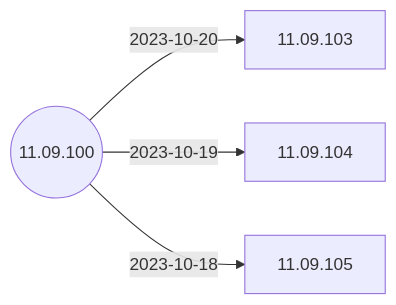
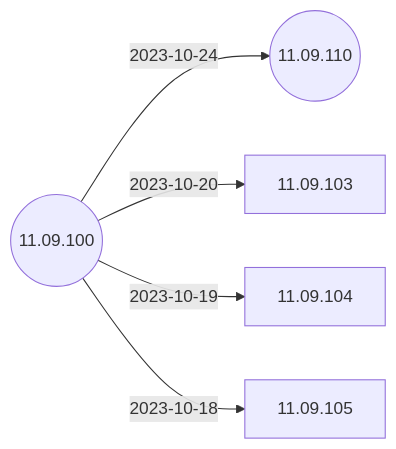
Before and after one commit to IGEL-Community/IGEL-Docs-v02: the second of 5 diagrams in docs/Docs/ReleaseNotes/01-OS11/README.md, drawn with Mermaid. The commit also changed 3 other files, not shown here.

````diff
--- a/docs/Docs/ReleaseNotes/01-OS11/README.md
+++ b/docs/Docs/ReleaseNotes/01-OS11/README.md
@@ -41,11 +41,13 @@
 ```mermaid
 flowchart LR
+    11.09.100-- 2023-10-24 -->11.09.110((11.09.110))
     11.09.100-- 2023-10-20 -->11.09.103
     11.09.100-- 2023-10-19 -->11.09.104
     11.09.100-- 2023-10-18 -->11.09.105
     11.09.100((11.09.100))
+    click 11.09.110 "https://github.com/IGEL-Community/IGEL-Docs-v02/tree/main/docs/Docs/ReleaseNotes/01-OS11/readme11.09.110.txt" _blank
     click 11.09.103 "https://github.com/IGEL-Community/IGEL-Docs-v02/tree/main/docs/Docs/ReleaseNotes/01-OS11/readme11.09.103.txt" _blank
     click 11.09.104 "https://github.com/IGEL-Community/IGEL-Docs-v02/tree/main/docs/Docs/ReleaseNotes/01-OS11/readme11.09.104.txt" _blank
     click 11.09.105 "https://github.com/IGEL-Community/IGEL-Docs-v02/tree/main/docs/Docs/ReleaseNotes/01-OS11/readme11.09.105.txt" _blank
     click 11.09.100 "https://github.com/IGEL-Community/IGEL-Docs-v02/tree/main/docs/Docs/ReleaseNotes/01-OS11/readme11.09.100.txt" _blank
 ```
````
